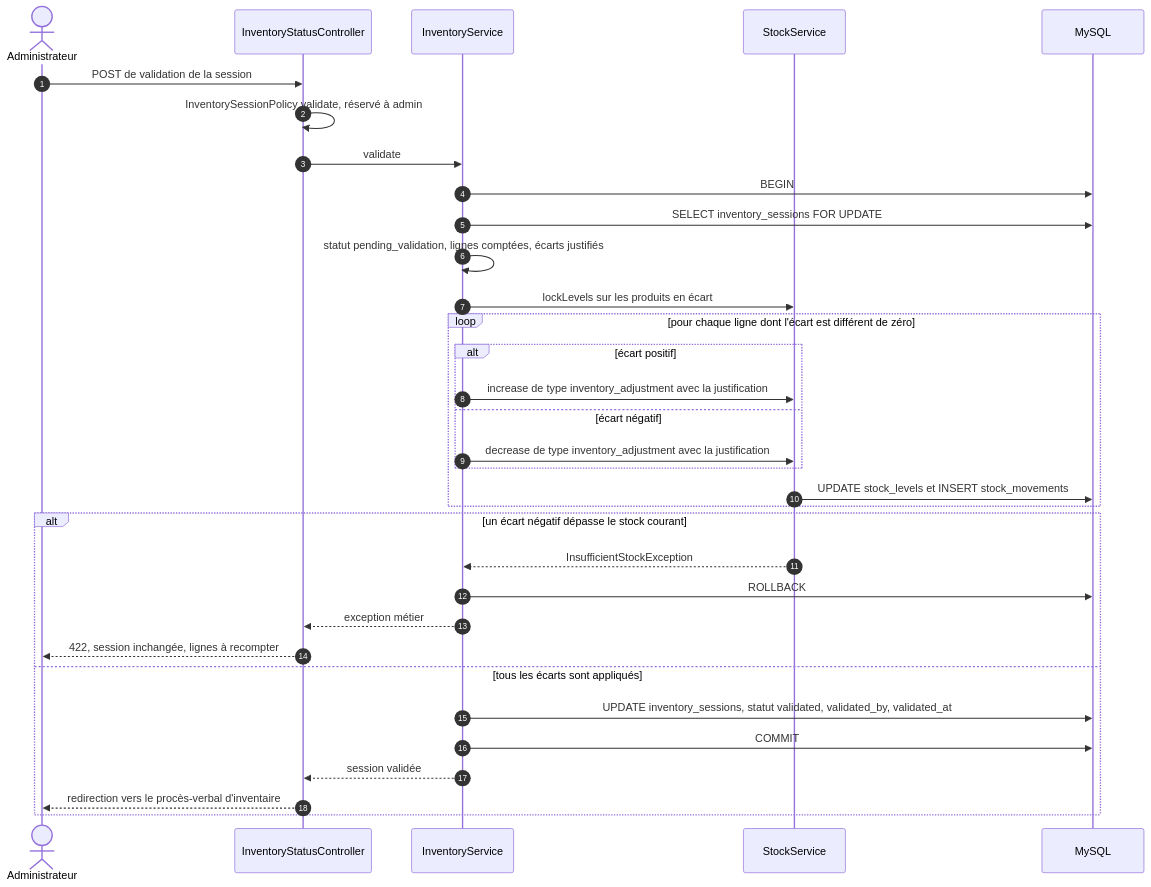
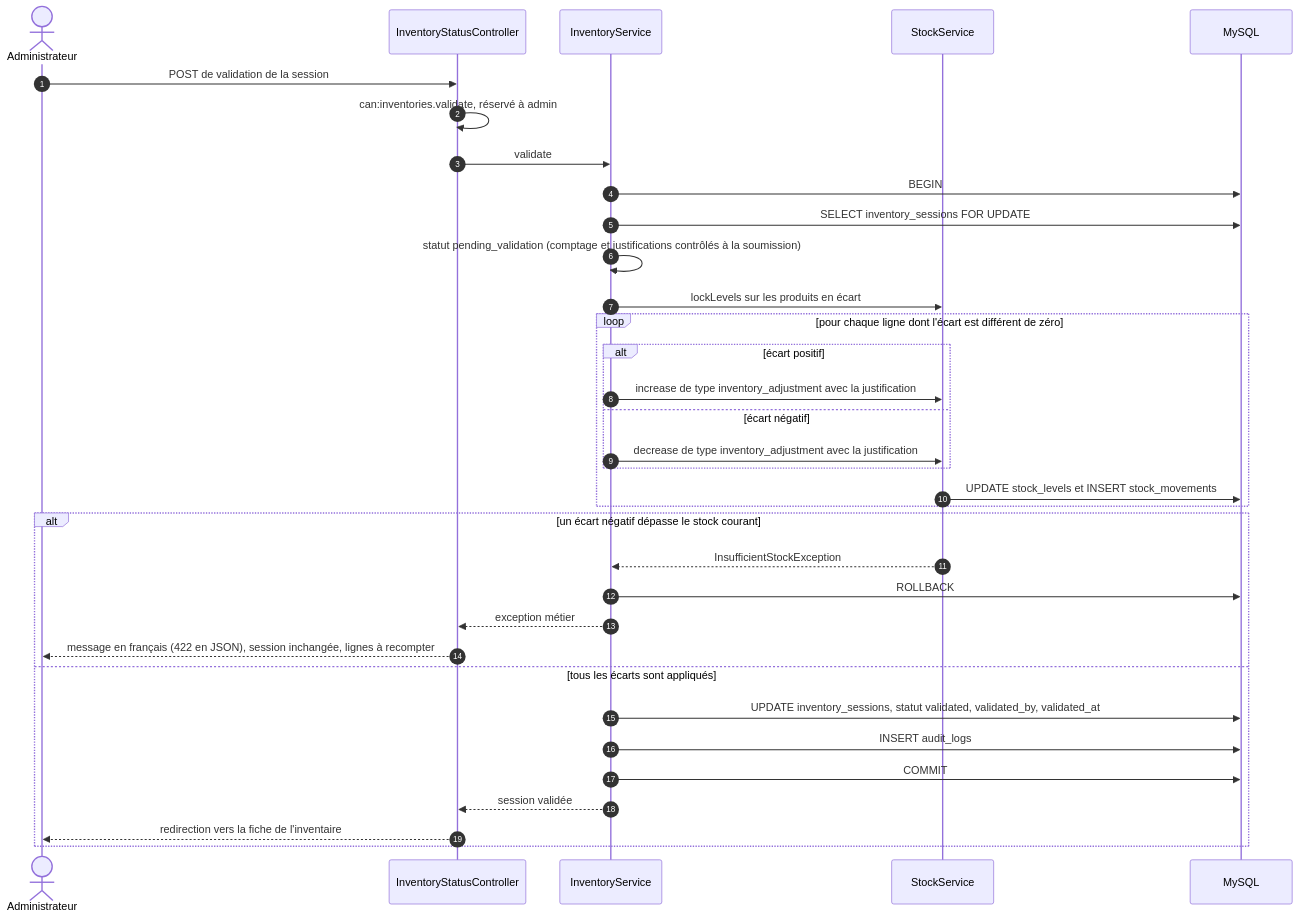
Before and after one commit to ivan9802/StockfLow: the seventh of 7 diagrams in docs/02-architecture/system-architecture.md, drawn with Mermaid. The commit also changed other lines of this file and 15 other files, not shown here.

````diff
--- a/docs/02-architecture/system-architecture.md
+++ b/docs/02-architecture/system-architecture.md
@@ -583,36 +643,37 @@
 ```mermaid
 sequenceDiagram
     autonumber
     actor A as Administrateur
     participant C as InventoryStatusController
     participant I as InventoryService
     participant K as StockService
     participant DB as MySQL
 
     A->>C: POST de validation de la session
-    C->>C: InventorySessionPolicy validate, réservé à admin
+    C->>C: can:inventories.validate, réservé à admin
     C->>I: validate
     I->>DB: BEGIN
     I->>DB: SELECT inventory_sessions FOR UPDATE
-    I->>I: statut pending_validation, lignes comptées, écarts justifiés
+    I->>I: statut pending_validation (comptage et justifications contrôlés à la soumission)
     I->>K: lockLevels sur les produits en écart
     loop pour chaque ligne dont l'écart est différent de zéro
         alt écart positif
             I->>K: increase de type inventory_adjustment avec la justification
         else écart négatif
             I->>K: decrease de type inventory_adjustment avec la justification
         end
         K->>DB: UPDATE stock_levels et INSERT stock_movements
     end
     alt un écart négatif dépasse le stock courant
         K-->>I: InsufficientStockException
         I->>DB: ROLLBACK
         I-->>C: exception métier
-        C-->>A: 422, session inchangée, lignes à recompter
+        C-->>A: message en français (422 en JSON), session inchangée, lignes à recompter
     else tous les écarts sont appliqués
         I->>DB: UPDATE inventory_sessions, statut validated, validated_by, validated_at
+        I->>DB: INSERT audit_logs
         I->>DB: COMMIT
         I-->>C: session validée
-        C-->>A: redirection vers le procès-verbal d'inventaire
+        C-->>A: redirection vers la fiche de l'inventaire
     end
 ```
````
